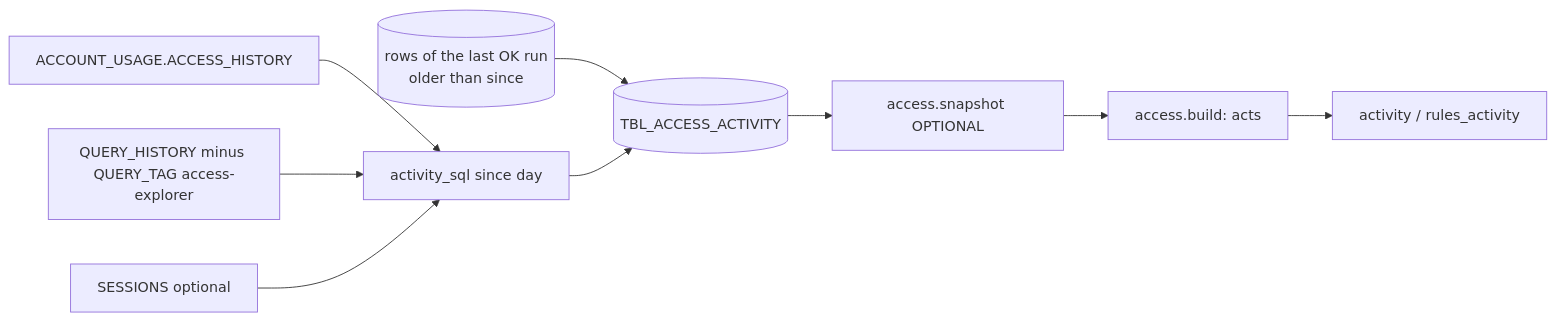
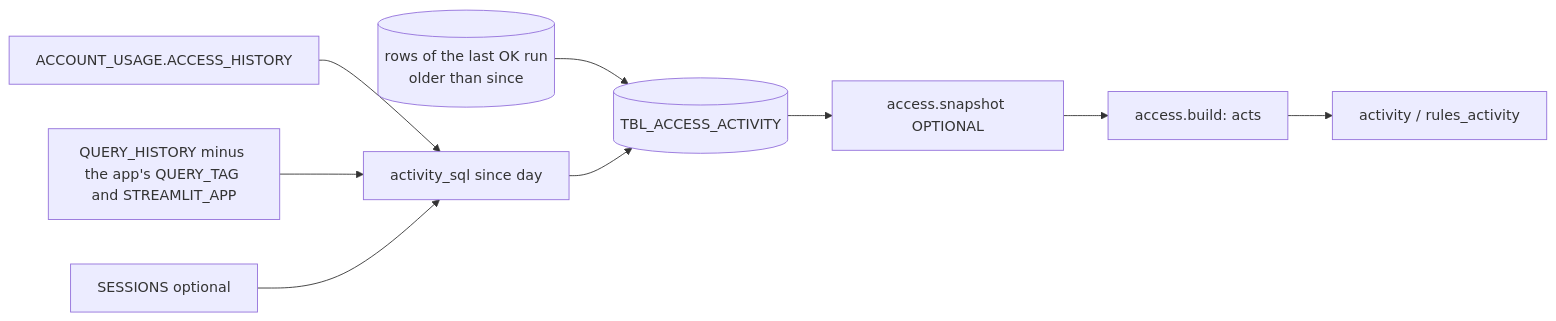
The diagram in snowflake-access-explorer-knowledge-graph/data/TBL_ACCESS_ACTIVITY.md (darshanmeel/snowflake-access-explorer), drawn with Mermaid before and after one commit. The commit also changed other lines of this file and 67 other files, not shown here.

Commit message:
Knowledge graph: QUERY_TAG and STREAMLIT_APP settings, run_sql.py fallback, access.py line refs after 4386 corrected

````diff
--- a/snowflake-access-explorer-knowledge-graph/data/TBL_ACCESS_ACTIVITY.md
+++ b/snowflake-access-explorer-knowledge-graph/data/TBL_ACCESS_ACTIVITY.md
@@ -4,9 +4,9 @@
 ```mermaid
 flowchart LR
   AH[ACCOUNT_USAGE.ACCESS_HISTORY] --> Q[activity_sql since day]
-  QH[QUERY_HISTORY minus QUERY_TAG access-explorer] --> Q
+  QH[QUERY_HISTORY minus the app's QUERY_TAG and STREAMLIT_APP] --> Q
   SE[SESSIONS optional] --> Q
   P[(rows of the last OK run<br/>older than since)] --> T
   Q --> T[(TBL_ACCESS_ACTIVITY)]
   T --> S[access.snapshot OPTIONAL] --> B[access.build: acts] --> A[activity / rules_activity]
 ```
````
